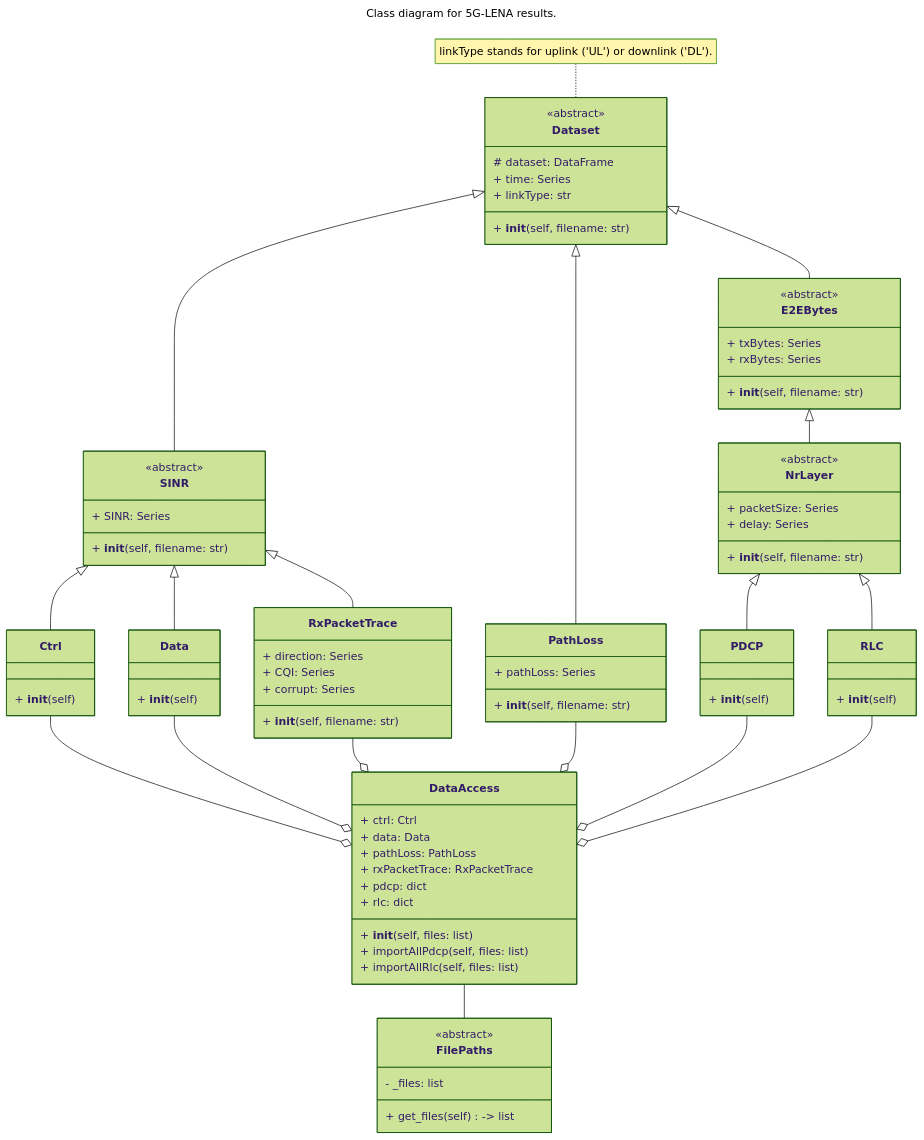
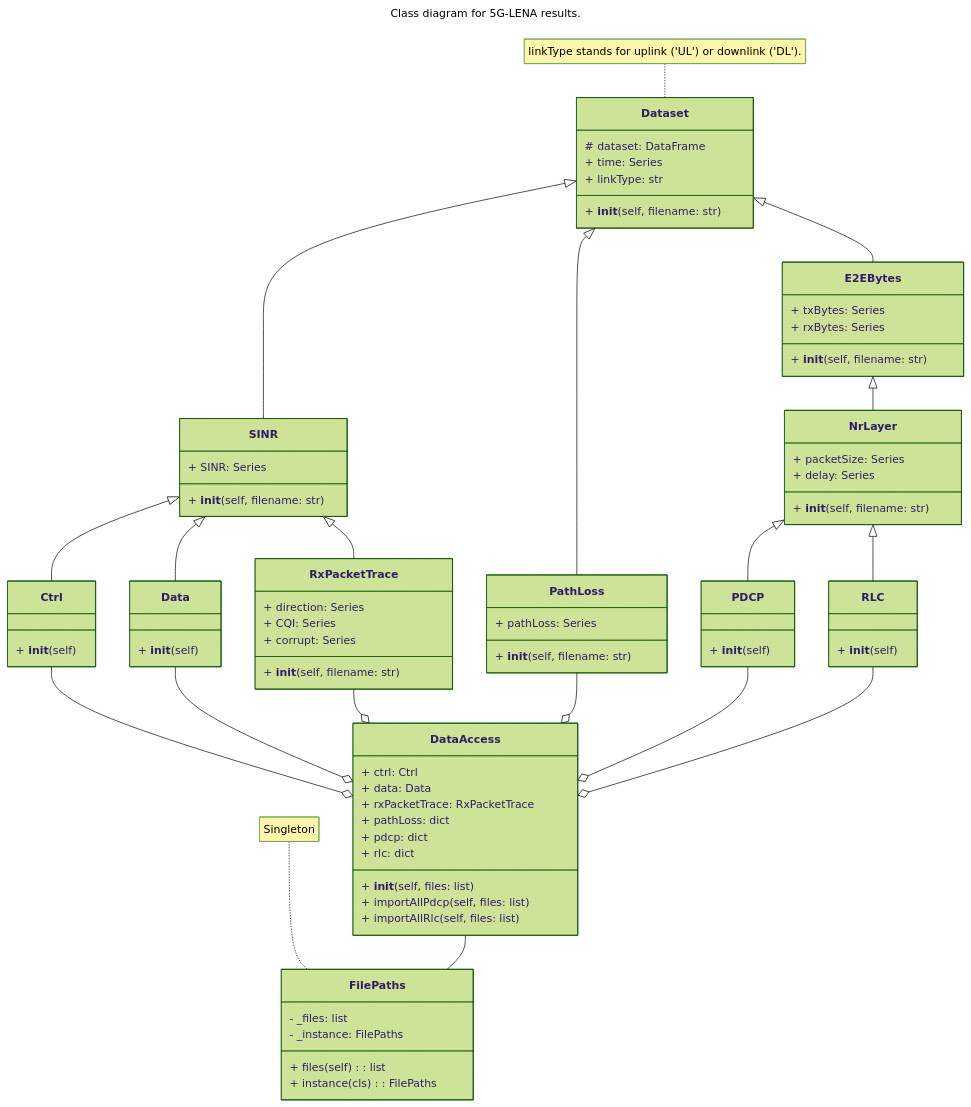
One commit to victorZoro/tcc5g-microoperators changed the diagram in README.md. Above: the diagram before and after it, drawn with Mermaid (forest theme). The commit also changed 12 other files, not shown here.

```diff
--- a/README.md
+++ b/README.md
@@ -228,9 +228,9 @@
   direction TB
 
   note for Dataset "linkType stands for uplink ('UL') or downlink ('DL')."
+  note for FilePaths "Singleton"
 
   class Dataset {
-    <<abstract>>
     # dataset: DataFrame
     + time: Series
     + linkType: str
@@ -243,7 +243,6 @@
   }
 
   class SINR {
-    <<abstract>>
     + SINR: Series
     + __init__(self, filename: str)
   }
@@ -264,16 +263,17 @@
   }
 
   class FilePaths {
-    <<abstract>>
     - _files: list
-    + get_files(self) -> list
+    - _instance: FilePaths
+    + files(self): list
+    + instance(cls): FilePaths
   }
 
   class DataAccess {
     + ctrl: Ctrl
     + data: Data
-    + pathLoss: PathLoss
     + rxPacketTrace: RxPacketTrace
+    + pathLoss: dict
     + pdcp: dict
     + rlc: dict
     + __init__(self, files: list)
@@ -282,14 +282,12 @@
   }
 
   class E2EBytes {
-    <<abstract>>
     + txBytes: Series
     + rxBytes: Series
     + __init__(self, filename: str)
   }
 
   class NrLayer {
-    <<abstract>>
     + packetSize: Series
     + delay: Series
     + __init__(self, filename: str)
```
